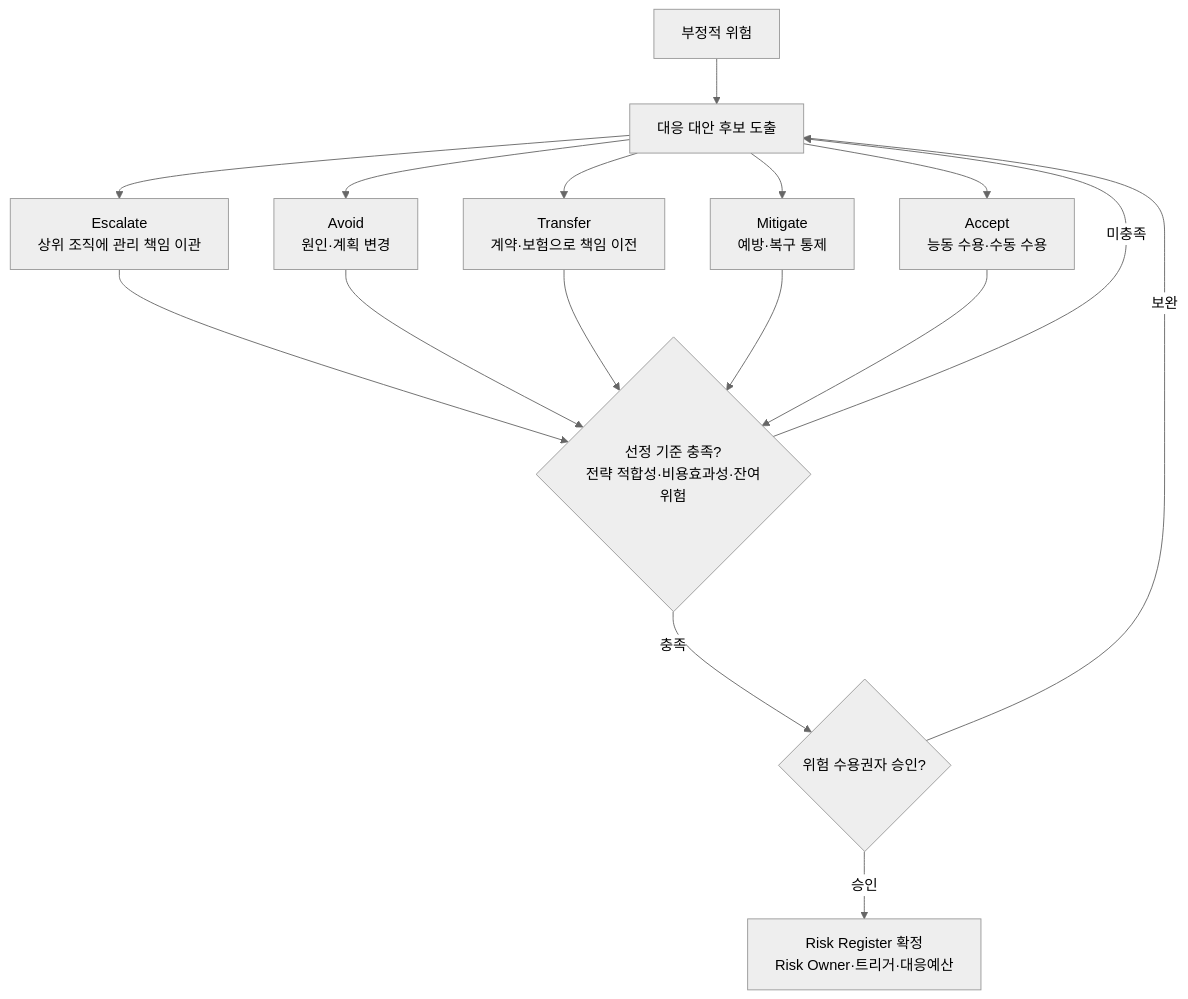
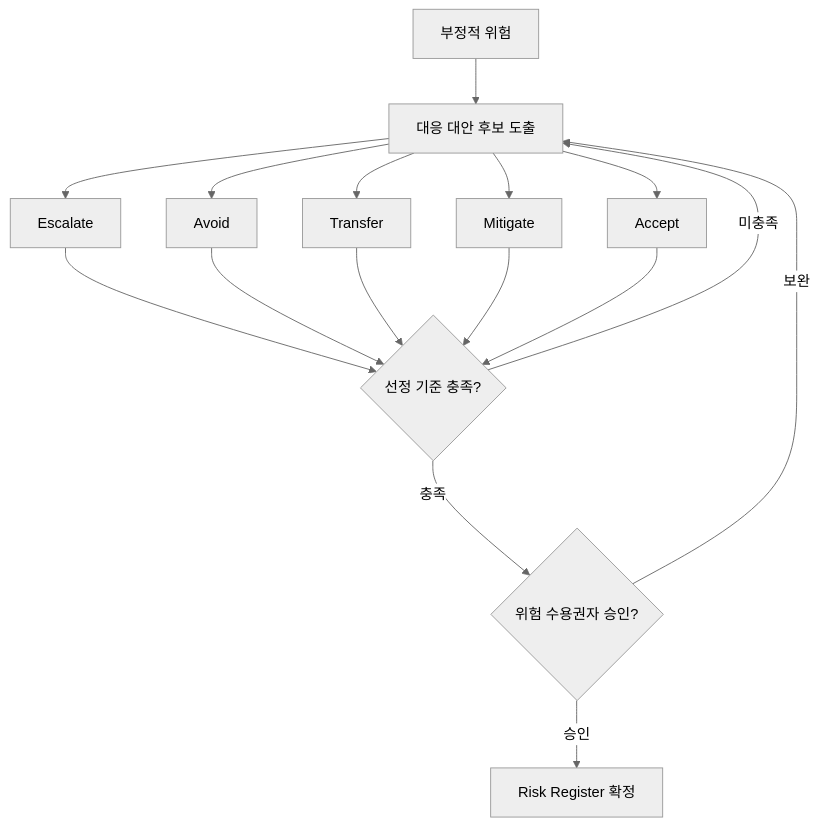
One commit to agnusdei1207/study changed the third of 5 diagrams in src/content/docs/notes/itpe/01-it-strategy/009_project_risk_management_negative.md. Above: the diagram before and after it, drawn with Mermaid (neutral theme). The commit also changed other lines of this file and 19 other files, not shown here.

````diff
--- a/src/content/docs/notes/itpe/01-it-strategy/009_project_risk_management_negative.md
+++ b/src/content/docs/notes/itpe/01-it-strategy/009_project_risk_management_negative.md
@@ -82,14 +96,14 @@
 ```mermaid
 flowchart TD
     R["부정적 위험"] --> ALT["대응 대안 후보 도출"]
-    ALT --> ES["Escalate<br/>상위 조직에 관리 책임 이관"]
-    ALT --> AV["Avoid<br/>원인·계획 변경"]
-    ALT --> TR["Transfer<br/>계약·보험으로 책임 이전"]
-    ALT --> MI["Mitigate<br/>예방·복구 통제"]
-    ALT --> AC["Accept<br/>능동 수용·수동 수용"]
-    ES & AV & TR & MI & AC --> Q{"선정 기준 충족?<br/>전략 적합성·비용효과성·잔여위험"}
+    ALT --> ES["Escalate"]
+    ALT --> AV["Avoid"]
+    ALT --> TR["Transfer"]
+    ALT --> MI["Mitigate"]
+    ALT --> AC["Accept"]
+    ES & AV & TR & MI & AC --> Q{"선정 기준 충족?"}
     Q -->|충족| AP{"위험 수용권자 승인?"}
     Q -->|미충족| ALT
-    AP -->|승인| REG["Risk Register 확정<br/>Risk Owner·트리거·대응예산"]
+    AP -->|승인| REG["Risk Register 확정"]
     AP -->|보완| ALT
 ```
````
